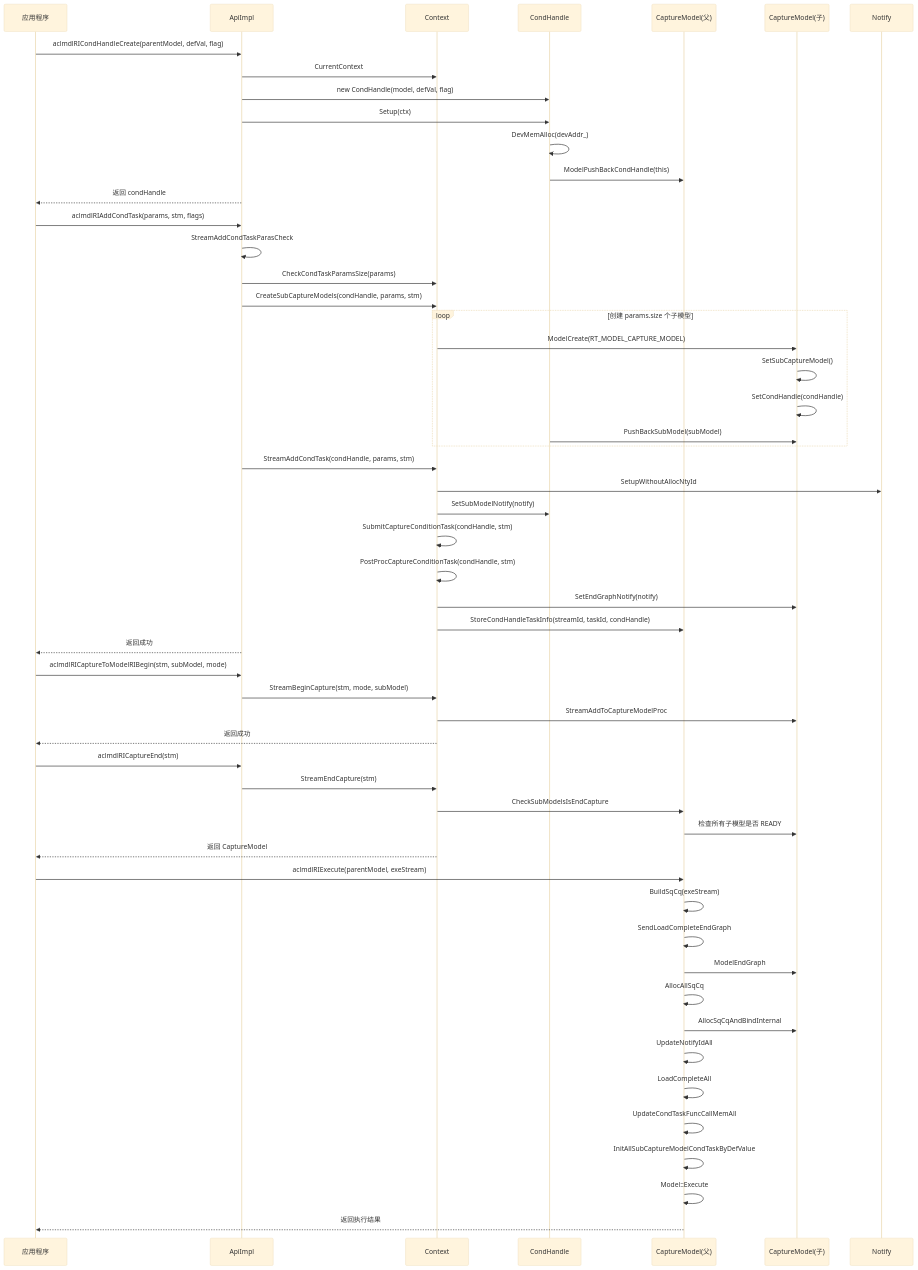
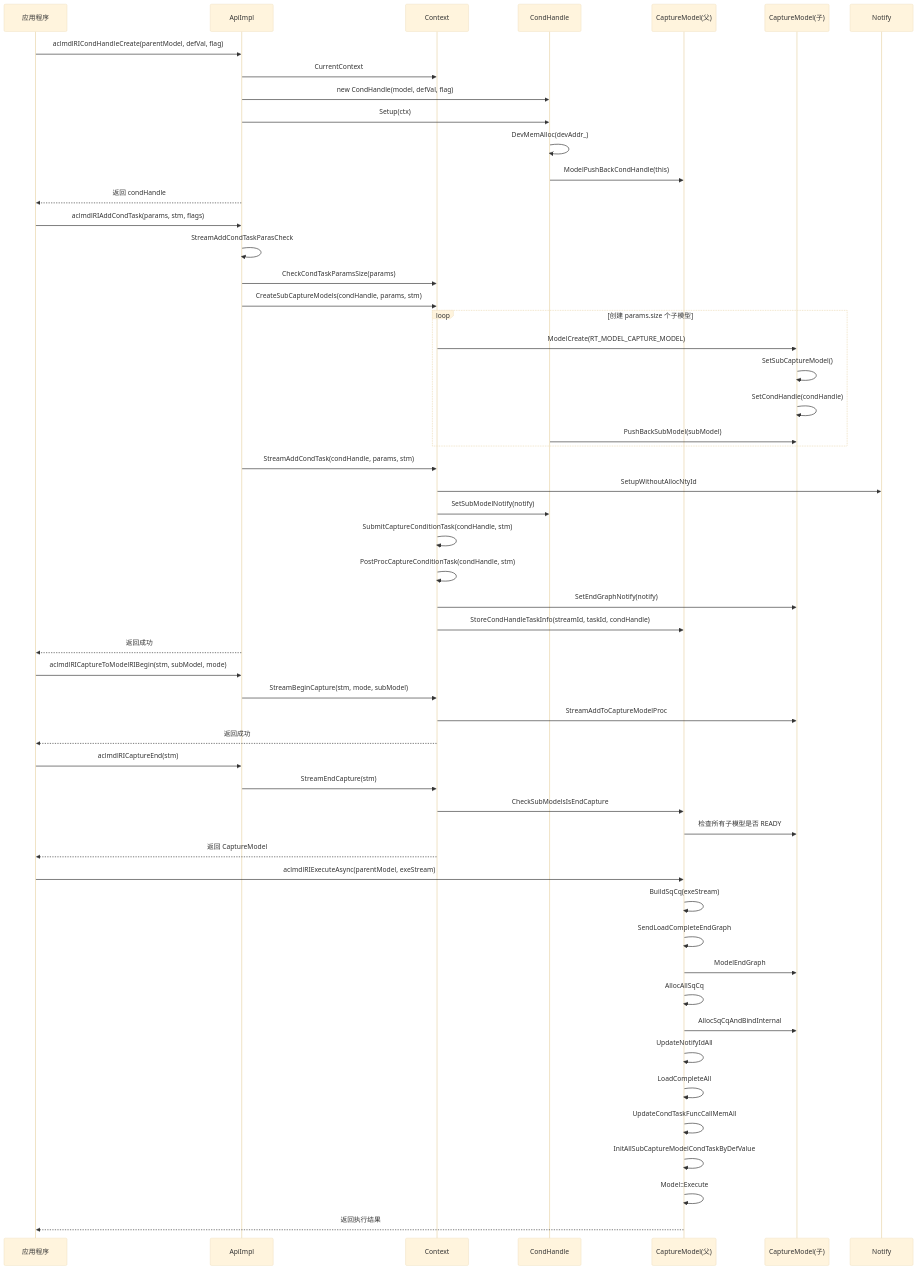
One commit to 18liumin/runtime changed the third of 15 diagrams in docs/design/features/aclgraph.md. Above: the diagram before and after it, drawn with Mermaid (base theme). The commit also changed other lines of this file and 1 other file, not shown here.

First line of the commit message:
【PR】: aclmdlRIExecute接口资料修改

````diff
--- a/docs/design/features/aclgraph.md
+++ b/docs/design/features/aclgraph.md
@@ -312,61 +311,61 @@
 ```mermaid
 sequenceDiagram
     participant App as 应用程序
     participant Api as ApiImpl
     participant Context as Context
     participant CondHandle as CondHandle
     participant CaptureModel as CaptureModel(父)
     participant SubModel as CaptureModel(子)
     participant Notify as Notify
 
     App->>Api: aclmdlRICondHandleCreate(parentModel, defVal, flag)
     Api->>Context: CurrentContext
     Api->>CondHandle: new CondHandle(model, defVal, flag)
     Api->>CondHandle: Setup(ctx)
     CondHandle->>CondHandle: DevMemAlloc(devAddr_)
     CondHandle->>CaptureModel: ModelPushBackCondHandle(this)
     Api-->>App: 返回 condHandle
 
     App->>Api: aclmdlRIAddCondTask(params, stm, flags)
     Api->>Api: StreamAddCondTaskParasCheck
     Api->>Context: CheckCondTaskParamsSize(params)
     Api->>Context: CreateSubCaptureModels(condHandle, params, stm)
     loop 创建 params.size 个子模型
         Context->>SubModel: ModelCreate(RT_MODEL_CAPTURE_MODEL)
         SubModel->>SubModel: SetSubCaptureModel()
         SubModel->>SubModel: SetCondHandle(condHandle)
         CondHandle->>SubModel: PushBackSubModel(subModel)
     end
     Api->>Context: StreamAddCondTask(condHandle, params, stm)
     Context->>Notify: SetupWithoutAllocNtyId
     Context->>CondHandle: SetSubModelNotify(notify)
     Context->>Context: SubmitCaptureConditionTask(condHandle, stm)
     Context->>Context: PostProcCaptureConditionTask(condHandle, stm)
     Context->>SubModel: SetEndGraphNotify(notify)
     Context->>CaptureModel: StoreCondHandleTaskInfo(streamId, taskId, condHandle)
     Api-->>App: 返回成功
 
     App->>Api: aclmdlRICaptureToModelRIBegin(stm, subModel, mode)
     Api->>Context: StreamBeginCapture(stm, mode, subModel)
     Context->>SubModel: StreamAddToCaptureModelProc
     Context-->>App: 返回成功
 
     App->>Api: aclmdlRICaptureEnd(stm)
     Api->>Context: StreamEndCapture(stm)
     Context->>CaptureModel: CheckSubModelsIsEndCapture
     CaptureModel->>SubModel: 检查所有子模型是否 READY
     Context-->>App: 返回 CaptureModel
 
-    App->>CaptureModel: aclmdlRIExecute(parentModel, exeStream)
+    App->>CaptureModel: aclmdlRIExecuteAsync(parentModel, exeStream)
     CaptureModel->>CaptureModel: BuildSqCq(exeStream)
     CaptureModel->>CaptureModel: SendLoadCompleteEndGraph
     CaptureModel->>SubModel: ModelEndGraph
     CaptureModel->>CaptureModel: AllocAllSqCq
     CaptureModel->>SubModel: AllocSqCqAndBindInternal
     CaptureModel->>CaptureModel: UpdateNotifyIdAll
     CaptureModel->>CaptureModel: LoadCompleteAll
     CaptureModel->>CaptureModel: UpdateCondTaskFuncCallMemAll
     CaptureModel->>CaptureModel: InitAllSubCaptureModelCondTaskByDefValue
     CaptureModel->>CaptureModel: Model::Execute
     CaptureModel-->>App: 返回执行结果
 ```
````
